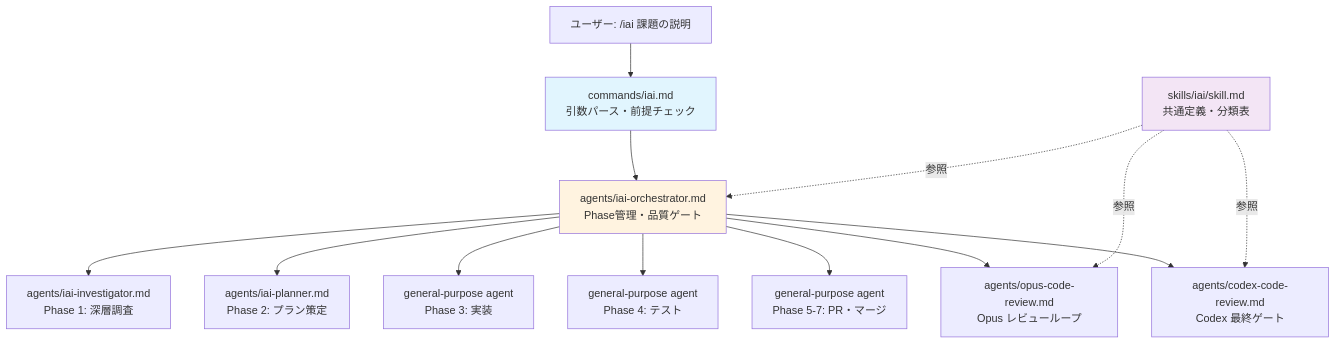
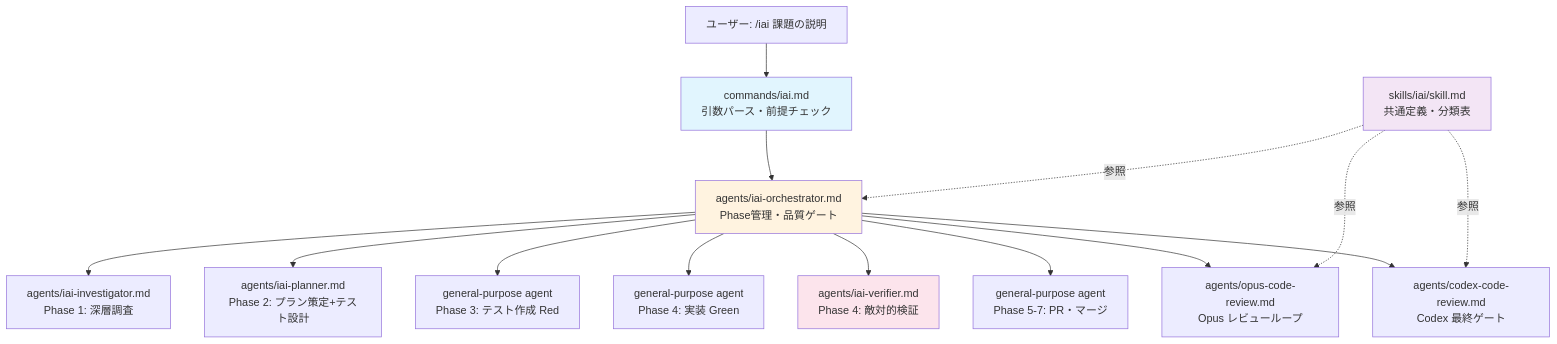
Before and after one commit to yoshi0703/claude-solve-skill: the first of 4 diagrams in README.md, drawn with Mermaid. The commit also changed other lines of this file and 6 other files, not shown here.

````diff
--- a/README.md
+++ b/README.md
@@ -68,22 +73,24 @@
 ```mermaid
 graph TD
     U[ユーザー: /iai 課題の説明] --> CMD[commands/iai.md<br/>引数パース・前提チェック]
     CMD --> ORC[agents/iai-orchestrator.md<br/>Phase管理・品質ゲート]
-    
+
     ORC --> INV[agents/iai-investigator.md<br/>Phase 1: 深層調査]
-    ORC --> PLN[agents/iai-planner.md<br/>Phase 2: プラン策定]
-    ORC --> IMP[general-purpose agent<br/>Phase 3: 実装]
-    ORC --> TST[general-purpose agent<br/>Phase 4: テスト]
+    ORC --> PLN[agents/iai-planner.md<br/>Phase 2: プラン策定+テスト設計]
+    ORC --> TST[general-purpose agent<br/>Phase 3: テスト作成 Red]
+    ORC --> IMP[general-purpose agent<br/>Phase 4: 実装 Green]
+    ORC --> VRF[agents/iai-verifier.md<br/>Phase 4: 敵対的検証]
     ORC --> PR[general-purpose agent<br/>Phase 5-7: PR・マージ]
-    
+
     ORC --> OPR[agents/opus-code-review.md<br/>Opus レビューループ]
     ORC --> CDX[agents/codex-code-review.md<br/>Codex 最終ゲート]
     
     SKL[skills/iai/skill.md<br/>共通定義・分類表] -.->|参照| ORC
     SKL -.->|参照| OPR
     SKL -.->|参照| CDX
 
     style CMD fill:#e1f5fe
     style ORC fill:#fff3e0
     style SKL fill:#f3e5f5
+    style VRF fill:#fce4ec
 ```
````
